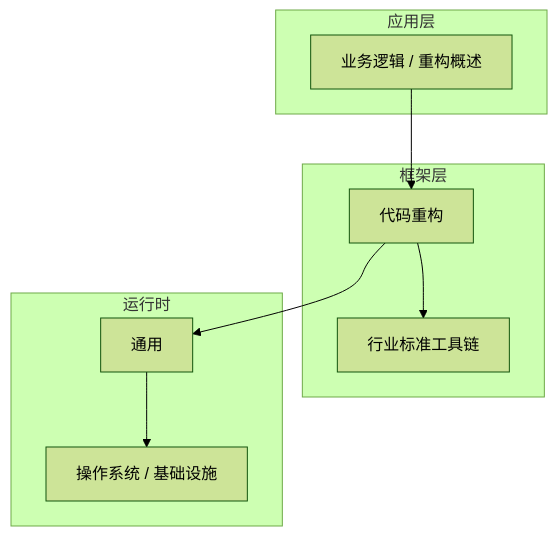
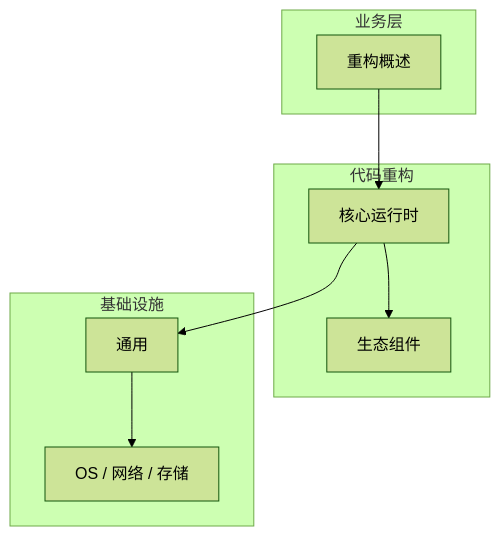
One commit to yanggan2015/knowledge-json-v2 changed the diagram in articles/代码重构/chapters/001-重构概述核心概念与原理.md. Above: the diagram before and after it, drawn with Mermaid (forest theme). The commit also changed other lines of this file and 10127 other files, not shown here.

````diff
--- a/articles/代码重构/chapters/001-重构概述核心概念与原理.md
+++ b/articles/代码重构/chapters/001-重构概述核心概念与原理.md
@@ -45,18 +34,18 @@
 ```mermaid
 graph TB
-    subgraph 应用层
-        A[业务逻辑 / 重构概述]
+    subgraph 业务层
+        A[重构概述]
     end
-    subgraph 框架层
-        B[代码重构]
-        C[行业标准工具链]
+    subgraph 代码重构
+        B[核心运行时]
+        C[生态组件]
     end
-    subgraph 运行时
+    subgraph 基础设施
         D[通用]
-        E[操作系统 / 基础设施]
+        E[OS / 网络 / 存储]
     end
     A --> B
     B --> C
     B --> D
     D --> E
 ```
````
